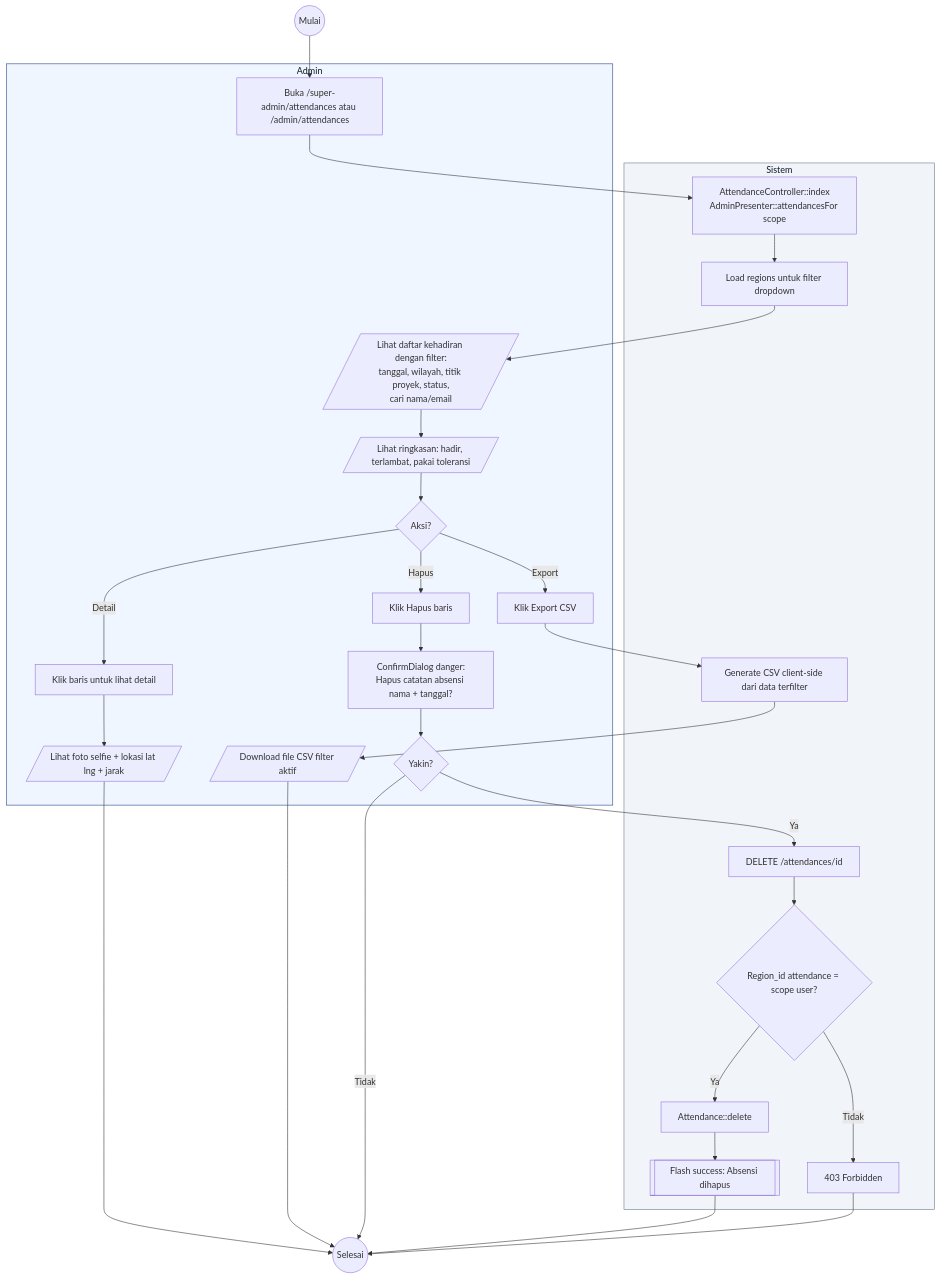
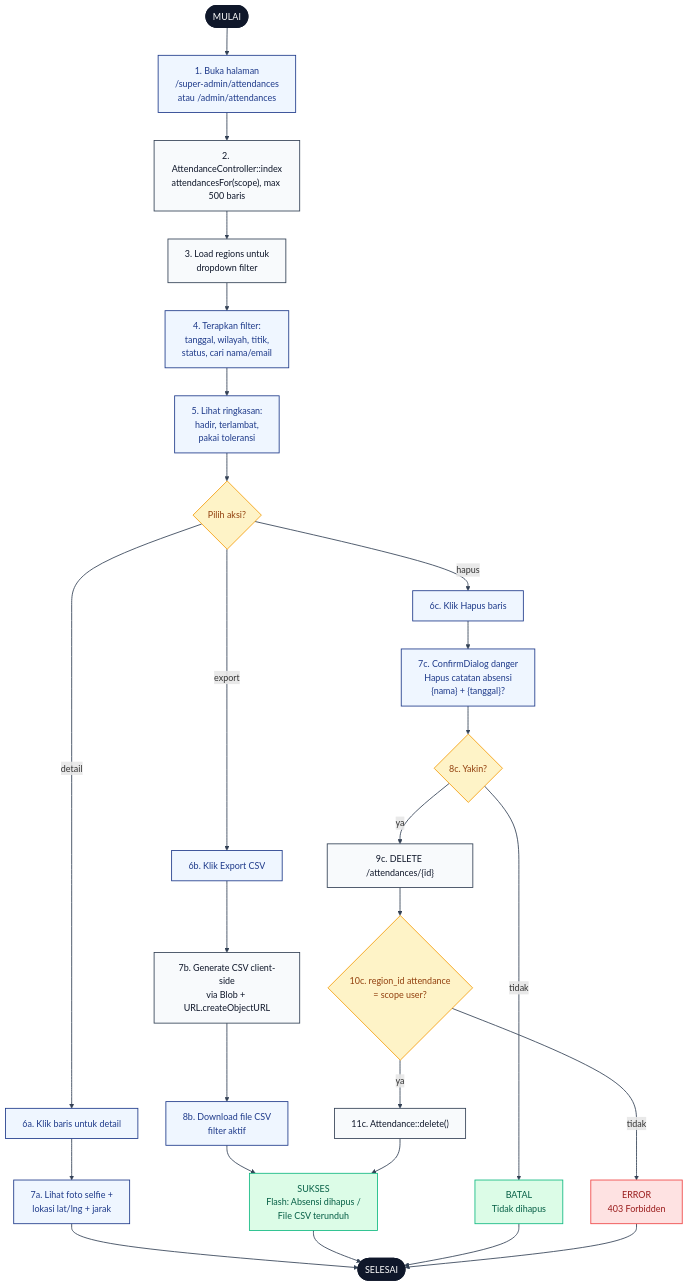
One commit to radacore/absensi-pu changed the diagram in docs/activity-diagrams/22-admin-attendances.md. Above: the diagram before and after it, drawn with Mermaid. The commit also changed other lines of this file and 22 other files, not shown here.

First line of the commit message:
docs(diagram): terapkan pola mermaid flowchart TD ke 23 diagram sisanya

````diff
--- a/docs/activity-diagrams/22-admin-attendances.md
+++ b/docs/activity-diagrams/22-admin-attendances.md
@@ -12,58 +12,69 @@
 ```mermaid
 flowchart TD
-    Start((Mulai)) --> A1
+    START([MULAI]):::se
 
-    subgraph Admin[Admin]
-        A1[Buka /super-admin/attendances atau /admin/attendances]
-        A2[/Lihat daftar kehadiran dengan filter:<br/>tanggal, wilayah, titik proyek, status,<br/>cari nama/email/]
-        A3[/Lihat ringkasan: hadir, terlambat, pakai toleransi/]
-        A4{Aksi?}
-        A5[Klik baris untuk lihat detail]
-        A6[/Lihat foto selfie + lokasi lat lng + jarak/]
-        A7[Klik Export CSV]
-        A8[/Download file CSV filter aktif/]
-        A9[Klik Hapus baris]
-        A10[ConfirmDialog danger:<br/>Hapus catatan absensi nama + tanggal?]
-        A11{Yakin?}
-    end
+    A1["1. Buka halaman<br/>/super-admin/attendances<br/>atau /admin/attendances"]:::user
+    S1["2. AttendanceController::index<br/>attendancesFor(scope), max 500 baris"]:::sys
+    S2["3. Load regions untuk<br/>dropdown filter"]:::sys
+    A2["4. Terapkan filter:<br/>tanggal, wilayah, titik,<br/>status, cari nama/email"]:::user
+    A3["5. Lihat ringkasan:<br/>hadir, terlambat,<br/>pakai toleransi"]:::user
+    D1{"Pilih aksi?"}:::dec
 
-    subgraph Sistem[Sistem]
-        S1[AttendanceController::index<br/>AdminPresenter::attendancesFor scope]
-        S2[Load regions untuk filter dropdown]
-        S3[Generate CSV client-side dari data terfilter]
-        S4[DELETE /attendances/id]
-        S5{Region_id attendance = scope user?}
-        S6[403 Forbidden]
-        S7[Attendance::delete]
-        S8[[Flash success: Absensi dihapus]]
-    end
+    A4a["6a. Klik baris untuk detail"]:::user
+    A5a["7a. Lihat foto selfie +<br/>lokasi lat/lng + jarak"]:::user
 
+    A4b["6b. Klik Export CSV"]:::user
+    S3["7b. Generate CSV client-side<br/>via Blob + URL.createObjectURL"]:::sys
+    A5b["8b. Download file CSV<br/>filter aktif"]:::user
+
+    A4c["6c. Klik Hapus baris"]:::user
+    A5c["7c. ConfirmDialog danger<br/>Hapus catatan absensi<br/>{nama} + {tanggal}?"]:::user
+    D2{"8c. Yakin?"}:::dec
+    S4["9c. DELETE /attendances/{id}"]:::sys
+    D3{"10c. region_id attendance<br/>= scope user?"}:::dec
+    S5["11c. Attendance::delete()"]:::sys
+
+    E1["ERROR<br/>403 Forbidden"]:::err
+    CANCEL["BATAL<br/>Tidak dihapus"]:::ok
+    OK["SUKSES<br/>Flash: Absensi dihapus /<br/>File CSV terunduh"]:::ok
+    END([SELESAI]):::se
+
+    START --> A1
     A1 --> S1
     S1 --> S2
     S2 --> A2
     A2 --> A3
-    A3 --> A4
-    A4 -->|Detail| A5
-    A5 --> A6
-    A6 --> End((Selesai))
-    A4 -->|Export| A7
-    A7 --> S3
-    S3 --> A8
-    A8 --> End
-    A4 -->|Hapus| A9
-    A9 --> A10
-    A10 --> A11
-    A11 -->|Tidak| End
-    A11 -->|Ya| S4
-    S4 --> S5
-    S5 -->|Tidak| S6
-    S5 -->|Ya| S7
-    S7 --> S8
-    S8 --> End
-    S6 --> End
+    A3 --> D1
 
-    classDef actor fill:#EFF6FF,stroke:#1E3A8A,stroke-width:1px,color:#0F172A
-    classDef system fill:#F1F5F9,stroke:#64748B,stroke-width:1px,color:#0F172A
-    class Admin actor
-    class Sistem system
+    D1 -->|detail| A4a
+    A4a --> A5a
+    A5a --> END
+
+    D1 -->|export| A4b
+    A4b --> S3
+    S3 --> A5b
+    A5b --> OK
+
+    D1 -->|hapus| A4c
+    A4c --> A5c
+    A5c --> D2
+    D2 -->|tidak| CANCEL
+    D2 -->|ya| S4
+    S4 --> D3
+    D3 -->|tidak| E1
+    D3 -->|ya| S5
+    S5 --> OK
+
+    OK --> END
+    CANCEL --> END
+    E1 --> END
+
+    classDef se fill:#0F172A,stroke:#0F172A,color:#fff,stroke-width:2px
+    classDef user fill:#EFF6FF,stroke:#1E3A8A,color:#1E3A8A,stroke-width:1.5px
+    classDef sys fill:#F8FAFC,stroke:#334155,color:#0F172A,stroke-width:1.5px
+    classDef dec fill:#FEF3C7,stroke:#F59E0B,color:#92400E,stroke-width:1.5px
+    classDef err fill:#FEE2E2,stroke:#EF4444,color:#991B1B,stroke-width:1.5px
+    classDef ok fill:#DCFCE7,stroke:#10B981,color:#065F46,stroke-width:1.5px
+
+    linkStyle default stroke:#334155,stroke-width:1.5px
 ```
````
